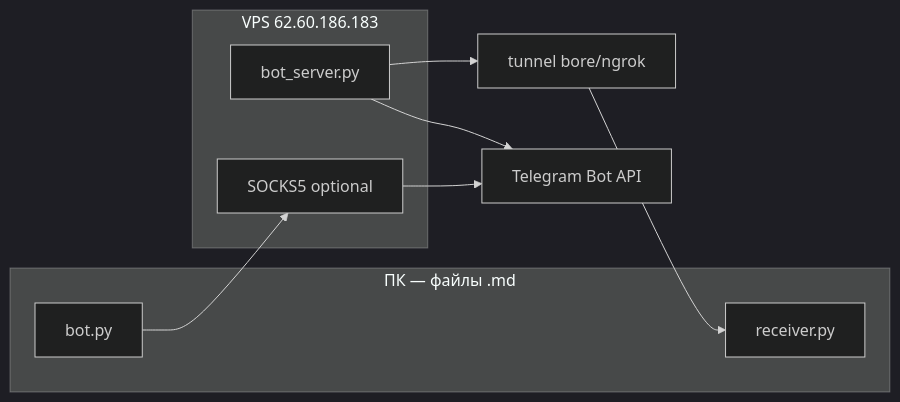
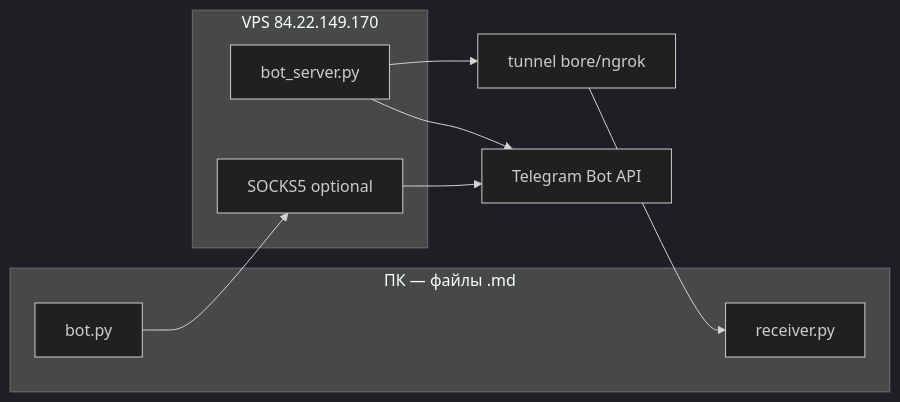
Before and after one commit to Adam-Rubinstein/Bot_CashFlow_Python: the diagram in docs/TELEGRAM_BLOCKING_AND_PROXY.md, drawn with Mermaid (dark theme). The commit also changed other lines of this file and 9 other files, not shown here.

````diff
--- a/docs/TELEGRAM_BLOCKING_AND_PROXY.md
+++ b/docs/TELEGRAM_BLOCKING_AND_PROXY.md
@@ -65,18 +65,18 @@
 ```mermaid
 flowchart LR
   subgraph pc [ПК — файлы .md]
     R[receiver.py]
     B[bot.py]
   end
-  subgraph vps [VPS 62.60.186.183]
+  subgraph vps [VPS 84.22.149.170]
     S[bot_server.py]
     P[SOCKS5 optional]
   end
   TG[Telegram Bot API]
   T[tunnel bore/ngrok]
   S --> TG
   S --> T
   T --> R
   B --> P
   P --> TG
 ```
````
